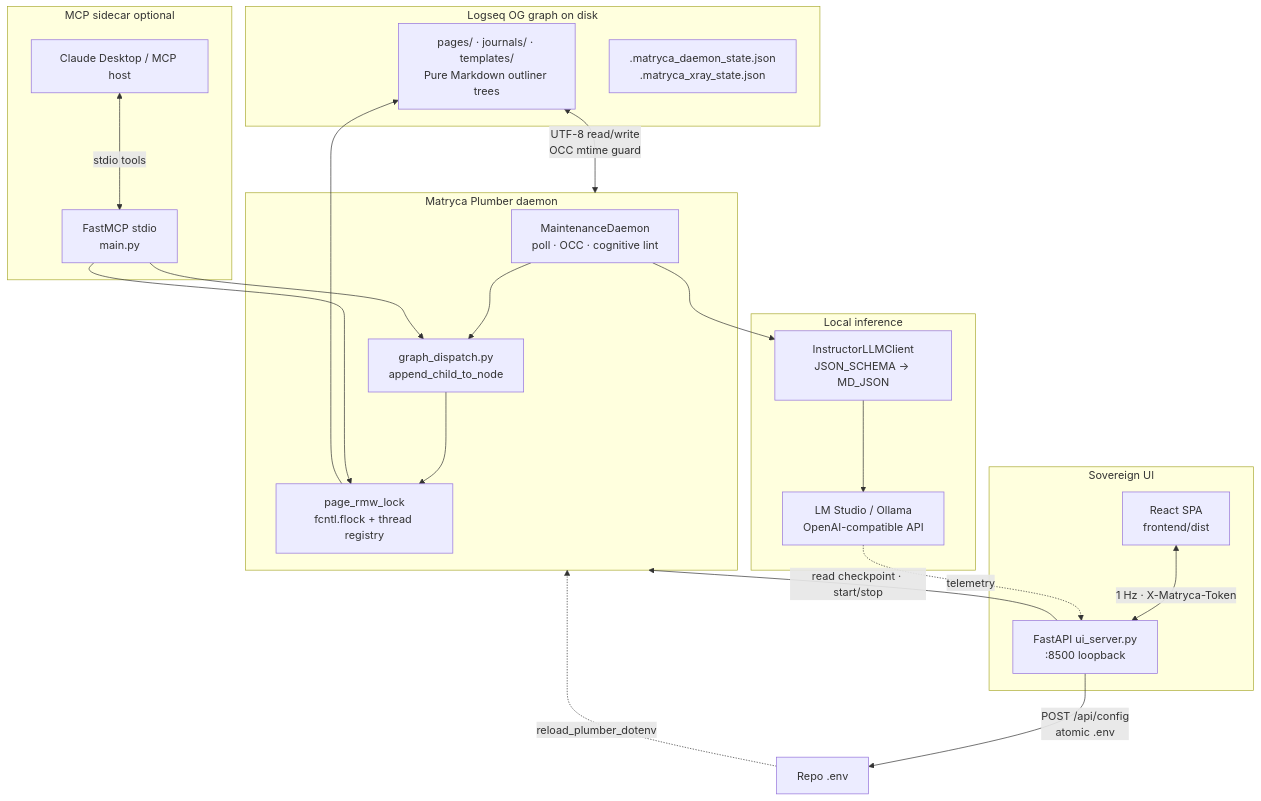
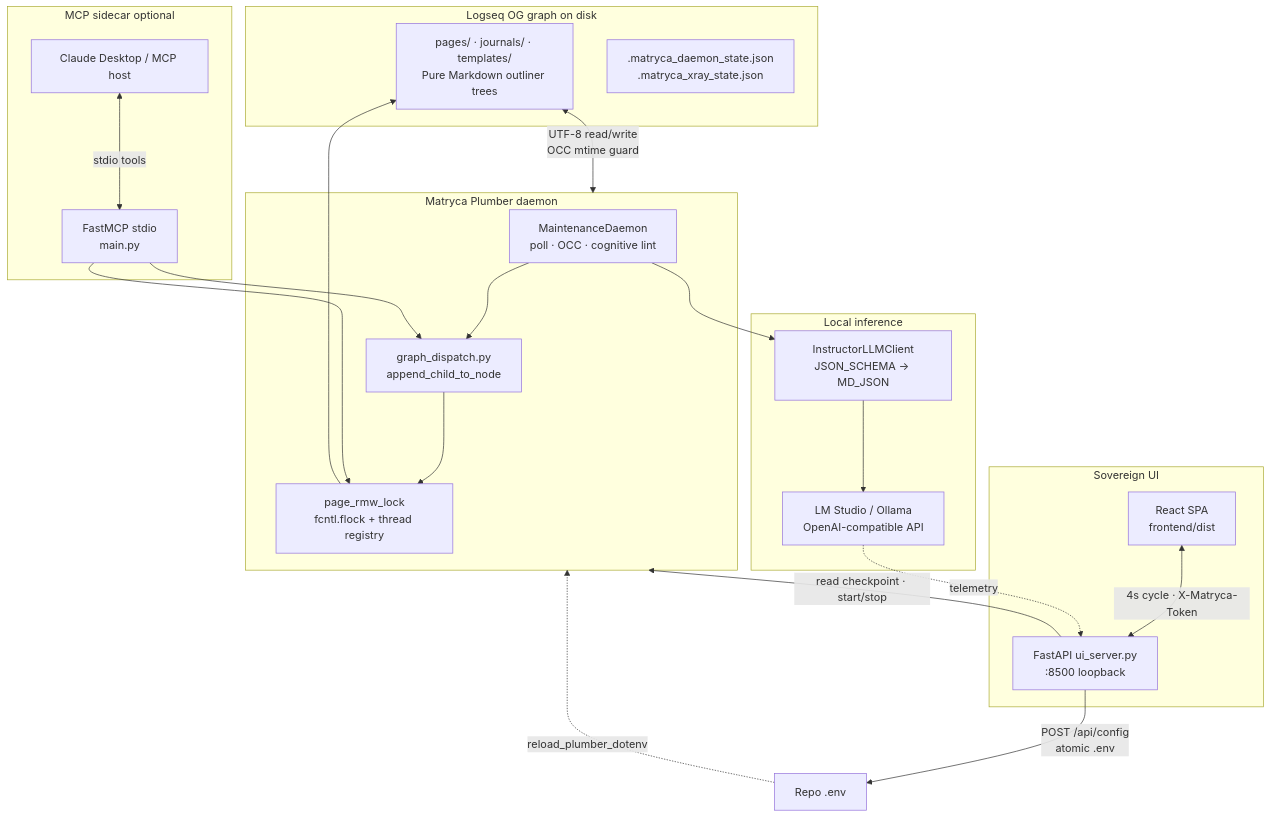
One commit to blackwolf225/matryca-plumber changed the first of 3 diagrams in docs/ARCHITECTURE.md. Above: the diagram before and after it, drawn with Mermaid. The commit also changed other lines of this file and 46 other files, not shown here.

````diff
--- a/docs/ARCHITECTURE.md
+++ b/docs/ARCHITECTURE.md
@@ -67,43 +67,43 @@
 ```mermaid
 graph TD
   subgraph graph["Logseq OG graph on disk"]
     MD["pages/ · journals/ · templates/\nPure Markdown outliner trees"]
     LEDGER[".matryca_daemon_state.json\n.matryca_xray_state.json"]
   end
 
   subgraph daemon["Matryca Plumber daemon"]
     MD_POLL["MaintenanceDaemon\npoll · OCC · cognitive lint"]
     GD["graph_dispatch.py\nappend_child_to_node"]
     LOCK["page_rmw_lock\nfcntl.flock + thread registry"]
     MD_POLL --> GD
     GD --> LOCK
     LOCK --> MD
   end
 
   subgraph llm["Local inference"]
     LM["LM Studio / Ollama\nOpenAI-compatible API"]
     INST["InstructorLLMClient\nJSON_SCHEMA → MD_JSON"]
     MD_POLL --> INST
     INST --> LM
   end
 
   subgraph ui["Sovereign UI"]
     REACT["React SPA\nfrontend/dist"]
     API["FastAPI ui_server.py\n:8500 loopback"]
-    REACT <-->|"1 Hz · X-Matryca-Token"| API
+    REACT <-->|"4s cycle · X-Matryca-Token"| API
   end
 
   subgraph mcp["MCP sidecar optional"]
     HOST["Claude Desktop / MCP host"]
     FMCP["FastMCP stdio\nmain.py"]
     HOST <-->|"stdio tools"| FMCP
   end
 
   MD <-->|"UTF-8 read/write\nOCC mtime guard"| daemon
   API -->|"read checkpoint · start/stop"| daemon
   FMCP --> GD
   FMCP --> LOCK
   API -->|"POST /api/config\natomic .env"| ENV["Repo .env"]
   ENV -.->|"reload_plumber_dotenv"| daemon
   LM -.->|"telemetry"| API
 ```
````
